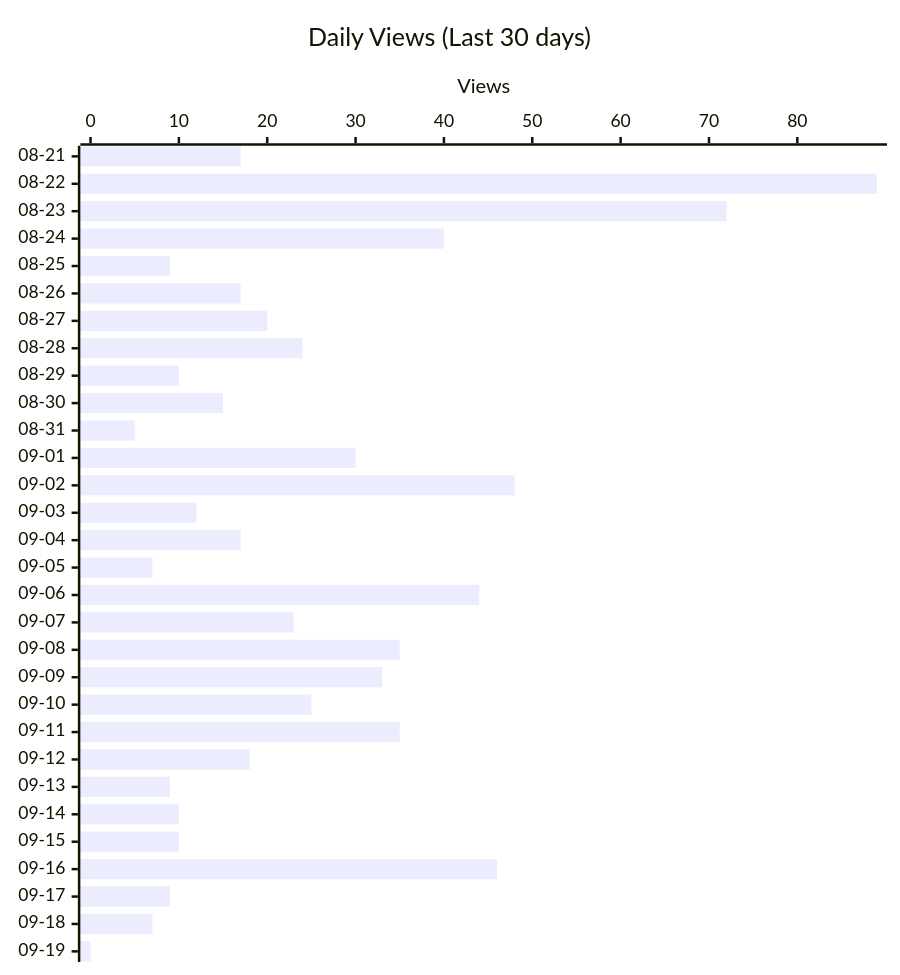
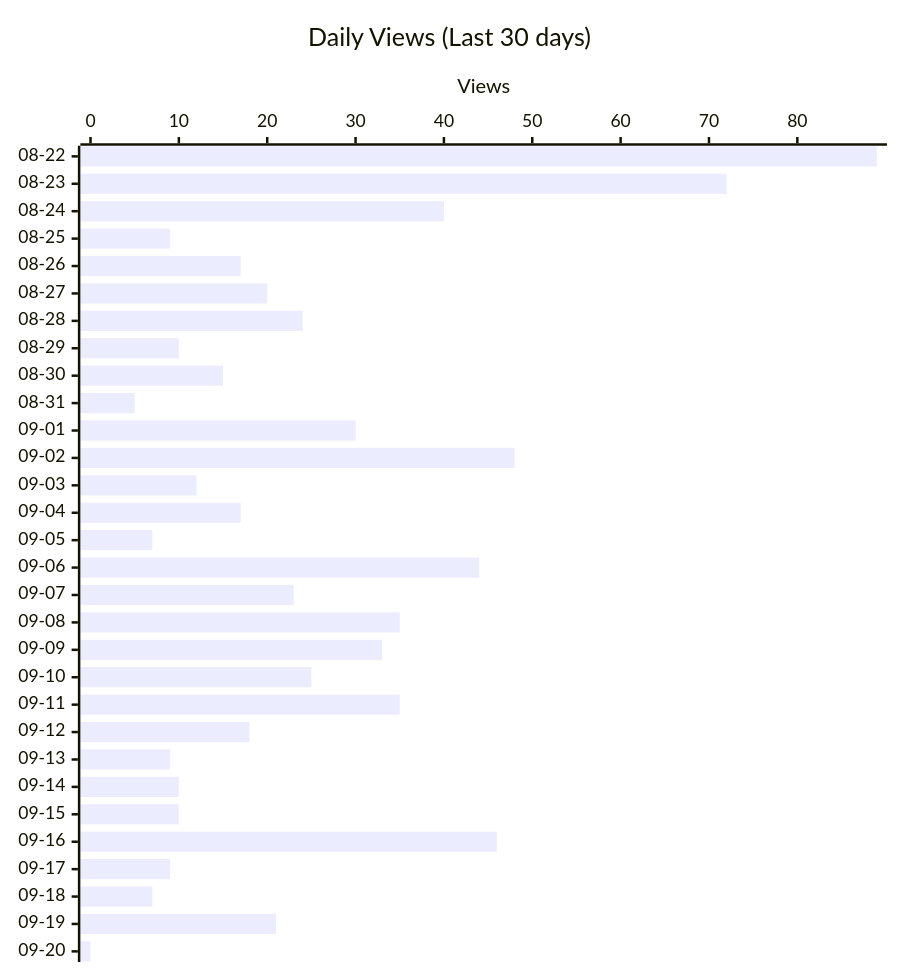
One commit to shigechika/github-insights changed the second of 4 diagrams in README.md. Above: the diagram before and after it, drawn with Mermaid. The commit also changed other lines of this file and 2 other files, not shown here.

````diff
--- a/README.md
+++ b/README.md
@@ -28,12 +28,12 @@
 ```mermaid
 ---
 config:
   xyChart:
     height: 760
 ---
 xychart-beta horizontal
     title "Daily Views (Last 30 days)"
-    x-axis ["08-21", "08-22", "08-23", "08-24", "08-25", "08-26", "08-27", "08-28", "08-29", "08-30", "08-31", "09-01", "09-02", "09-03", "09-04", "09-05", "09-06", "09-07", "09-08", "09-09", "09-10", "09-11", "09-12", "09-13", "09-14", "09-15", "09-16", "09-17", "09-18", "09-19"]
+    x-axis ["08-22", "08-23", "08-24", "08-25", "08-26", "08-27", "08-28", "08-29", "08-30", "08-31", "09-01", "09-02", "09-03", "09-04", "09-05", "09-06", "09-07", "09-08", "09-09", "09-10", "09-11", "09-12", "09-13", "09-14", "09-15", "09-16", "09-17", "09-18", "09-19", "09-20"]
     y-axis "Views"
-    bar [17, 89, 72, 40, 9, 17, 20, 24, 10, 15, 5, 30, 48, 12, 17, 7, 44, 23, 35, 33, 25, 35, 18, 9, 10, 10, 46, 9, 7, 0]
+    bar [89, 72, 40, 9, 17, 20, 24, 10, 15, 5, 30, 48, 12, 17, 7, 44, 23, 35, 33, 25, 35, 18, 9, 10, 10, 46, 9, 7, 21, 0]
 ```
````
